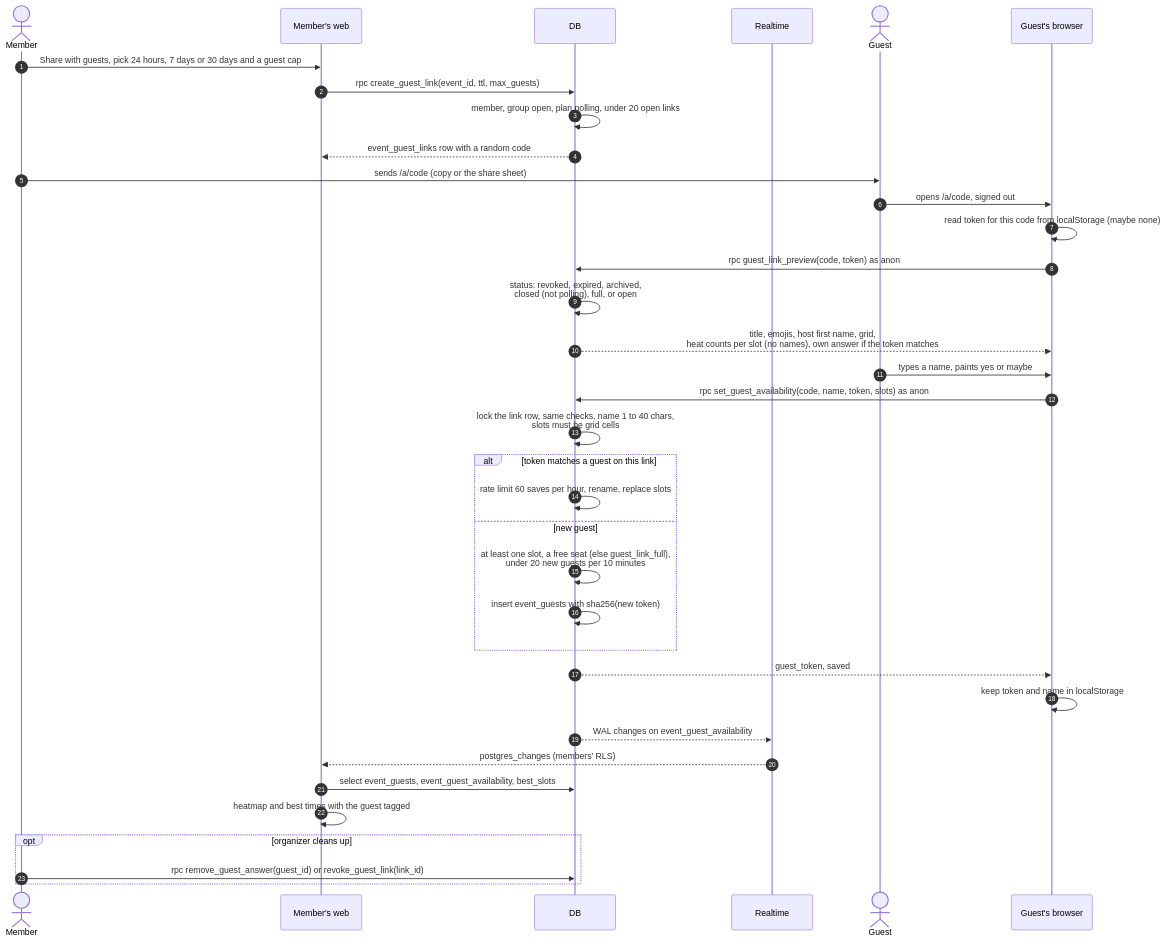
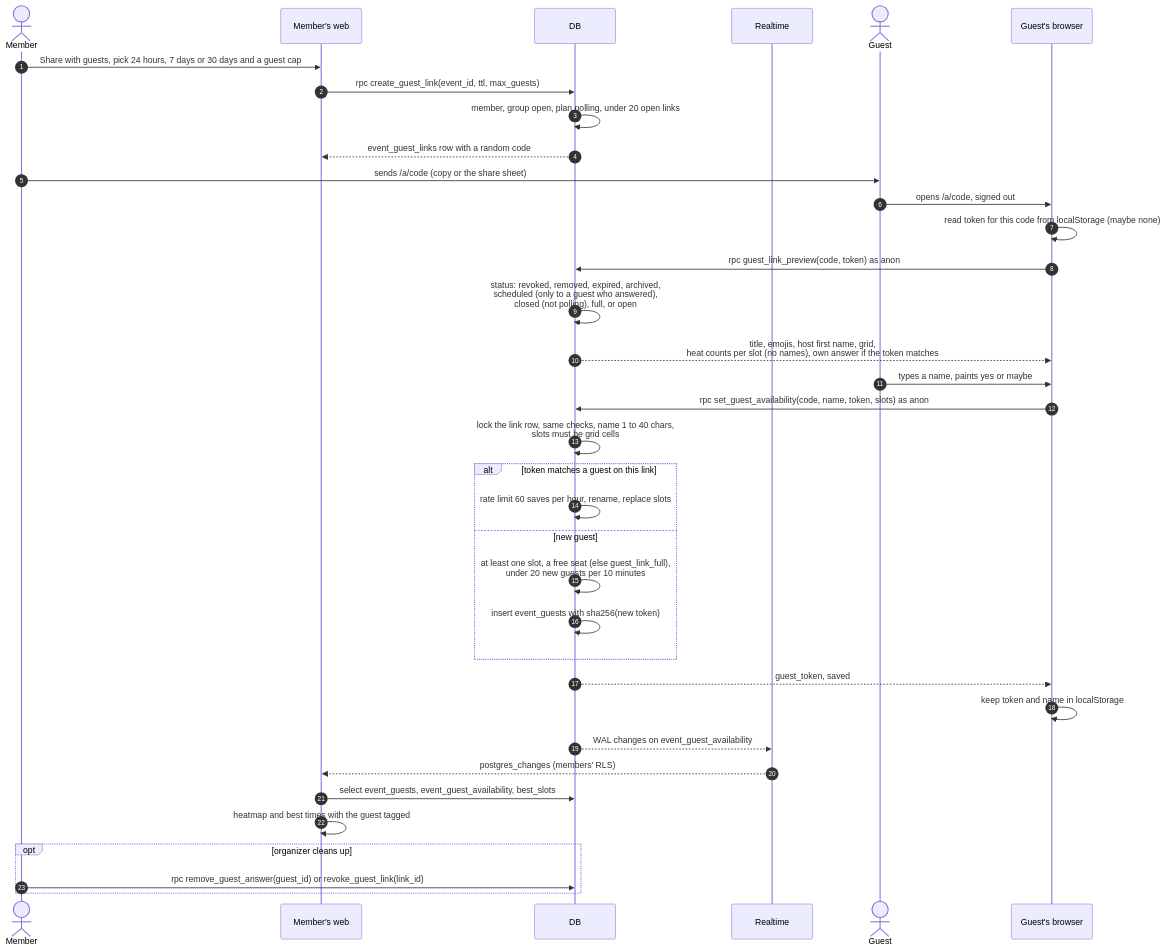
One commit to Fermulate/potluck changed diagram 12 of 20 in docs/sequences.md. Above: the diagram before and after it, drawn with Mermaid. The commit also changed 2 other files, not shown here.

Commit message:
document guest removal lock and scheduled-time visibility

````diff
--- a/docs/sequences.md
+++ b/docs/sequences.md
@@ -387,39 +387,39 @@
 ```mermaid
 sequenceDiagram
   autonumber
   actor M as Member
   participant WM as Member's web
   participant DB as DB
   participant RT as Realtime
   actor G as Guest
   participant WG as Guest's browser
 
   M->>WM: Share with guests, pick 24 hours, 7 days or 30 days and a guest cap
   WM->>DB: rpc create_guest_link(event_id, ttl, max_guests)
   DB->>DB: member, group open, plan polling, under 20 open links
   DB-->>WM: event_guest_links row with a random code
   M->>G: sends /a/code (copy or the share sheet)
   G->>WG: opens /a/code, signed out
   WG->>WG: read token for this code from localStorage (maybe none)
   WG->>DB: rpc guest_link_preview(code, token) as anon
-  DB->>DB: status: revoked, expired, archived,<br/>closed (not polling), full, or open
+  DB->>DB: status: revoked, removed, expired, archived,<br/>scheduled (only to a guest who answered),<br/>closed (not polling), full, or open
   DB-->>WG: title, emojis, host first name, grid,<br/>heat counts per slot (no names), own answer if the token matches
   G->>WG: types a name, paints yes or maybe
   WG->>DB: rpc set_guest_availability(code, name, token, slots) as anon
   DB->>DB: lock the link row, same checks, name 1 to 40 chars,<br/>slots must be grid cells
   alt token matches a guest on this link
     DB->>DB: rate limit 60 saves per hour, rename, replace slots
   else new guest
     DB->>DB: at least one slot, a free seat (else guest_link_full),<br/>under 20 new guests per 10 minutes
     DB->>DB: insert event_guests with sha256(new token)
   end
   DB-->>WG: guest_token, saved
   WG->>WG: keep token and name in localStorage
   DB-->>RT: WAL changes on event_guest_availability
   RT-->>WM: postgres_changes (members' RLS)
   WM->>DB: select event_guests, event_guest_availability, best_slots
   WM->>WM: heatmap and best times with the guest tagged
   opt organizer cleans up
     M->>DB: rpc remove_guest_answer(guest_id) or revoke_guest_link(link_id)
   end
 ```
````
